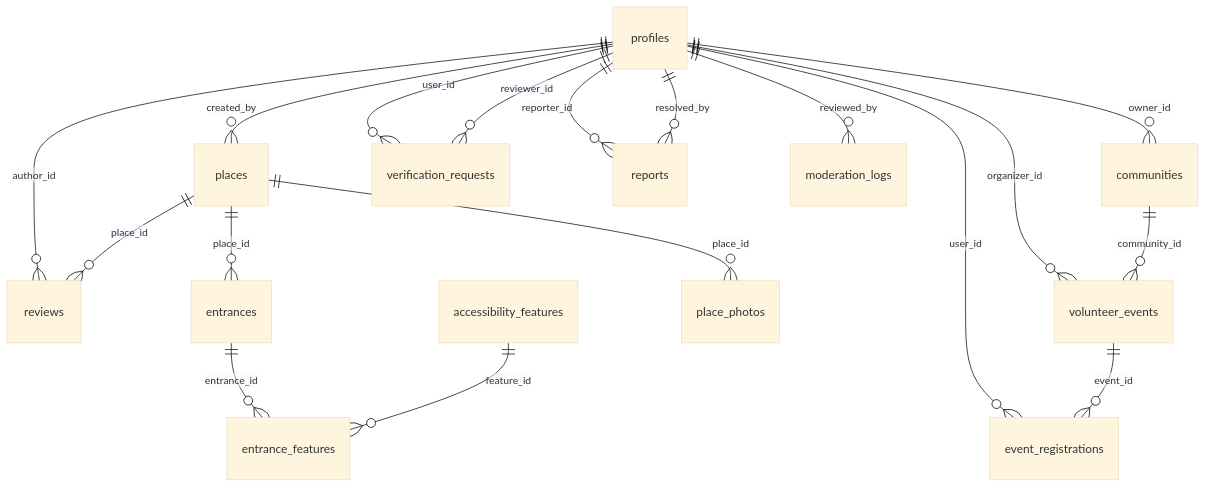
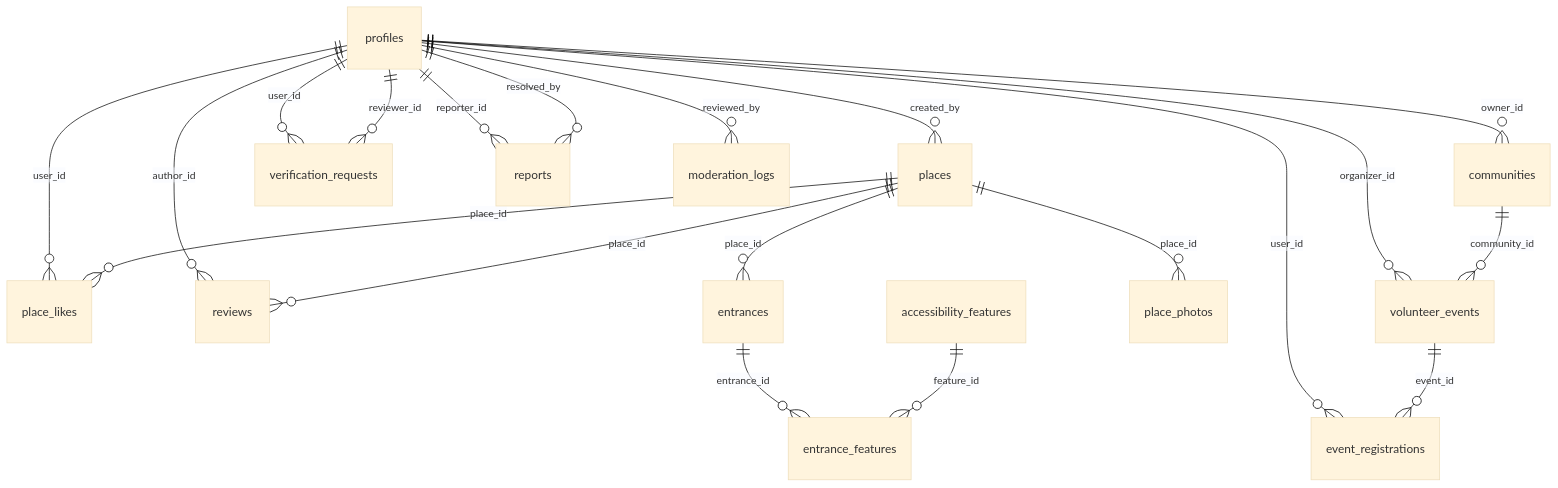
Before and after one commit to ilhamhilmi/Rangkul-inception2026: the diagram in docs/database.md, drawn with Mermaid (base theme). The commit also changed other lines of this file and 54 other files, not shown here.

````diff
--- a/docs/database.md
+++ b/docs/database.md
@@ -76,24 +76,26 @@
 ```mermaid
 erDiagram
   profiles ||--o{ places : "created_by"
+  profiles ||--o{ place_likes : "user_id"
   profiles ||--o{ reviews : "author_id"
   profiles ||--o{ communities : "owner_id"
   profiles ||--o{ volunteer_events : "organizer_id"
   profiles ||--o{ event_registrations : "user_id"
   profiles ||--o{ verification_requests : "user_id"
   profiles ||--o{ reports : "reporter_id"
 
   places ||--o{ entrances : "place_id"
+  places ||--o{ place_likes : "place_id"
   places ||--o{ place_photos : "place_id"
   places ||--o{ reviews : "place_id"
 
   entrances ||--o{ entrance_features : "entrance_id"
   accessibility_features ||--o{ entrance_features : "feature_id"
 
   communities ||--o{ volunteer_events : "community_id"
   volunteer_events ||--o{ event_registrations : "event_id"
 
   profiles ||--o{ verification_requests : "reviewer_id"
   profiles ||--o{ reports : "resolved_by"
   profiles ||--o{ moderation_logs : "reviewed_by"
 ```
````
